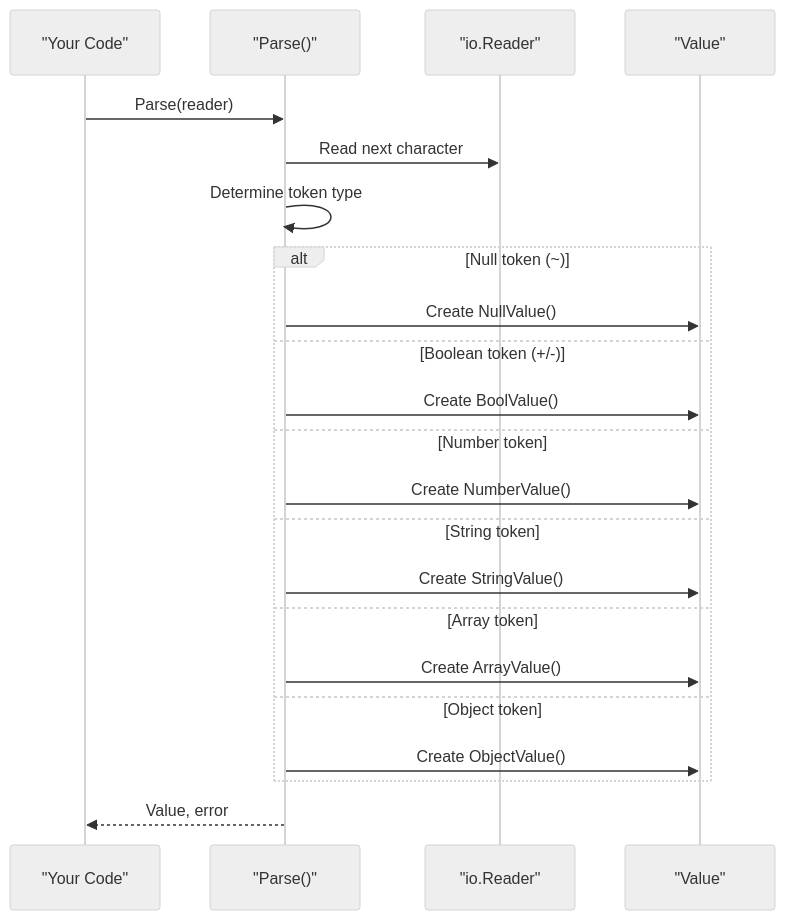
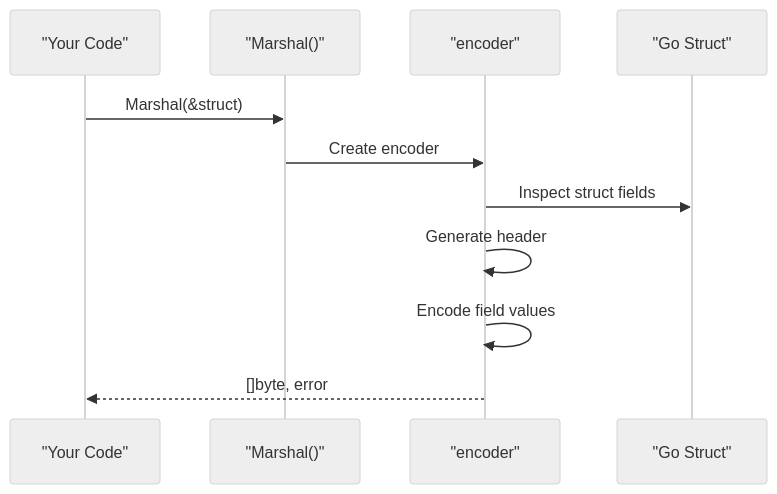
One commit to OTumanov/go-toon changed the fourth of 8 diagrams in .qoder/repowiki/en/content/Getting Started.md. Above: the diagram before and after it, drawn with Mermaid (neutral theme). The commit also changed other lines of this file and 11 other files, not shown here.

First line of the commit message:
feat: add Pre-flight Schema + Token Calculator to toongen

````diff
--- a/.qoder/repowiki/en/content/Getting Started.md
+++ b/.qoder/repowiki/en/content/Getting Started.md
@@ -141,24 +187,13 @@
 ```mermaid
 sequenceDiagram
 participant Client as "Your Code"
-participant Parser as "Parse()"
-participant Reader as "io.Reader"
-participant Value as "Value"
-Client->>Parser : Parse(reader)
-Parser->>Reader : Read next character
-Parser->>Parser : Determine token type
-alt Null token (~)
-Parser->>Value : Create NullValue()
-else Boolean token (+/-)
-Parser->>Value : Create BoolValue()
-else Number token
-Parser->>Value : Create NumberValue()
-else String token
-Parser->>Value : Create StringValue()
-else Array token
-Parser->>Value : Create ArrayValue()
-else Object token
-Parser->>Value : Create ObjectValue()
-end
-Parser-->>Client : Value, error
+participant Marshal as "Marshal()"
+participant Encoder as "encoder"
+participant Struct as "Go Struct"
+Client->>Marshal : Marshal(&struct)
+Marshal->>Encoder : Create encoder
+Encoder->>Struct : Inspect struct fields
+Encoder->>Encoder : Generate header
+Encoder->>Encoder : Encode field values
+Encoder-->>Client : []byte, error
 ```
````
